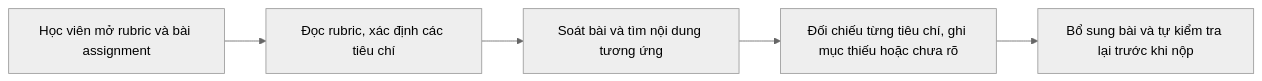
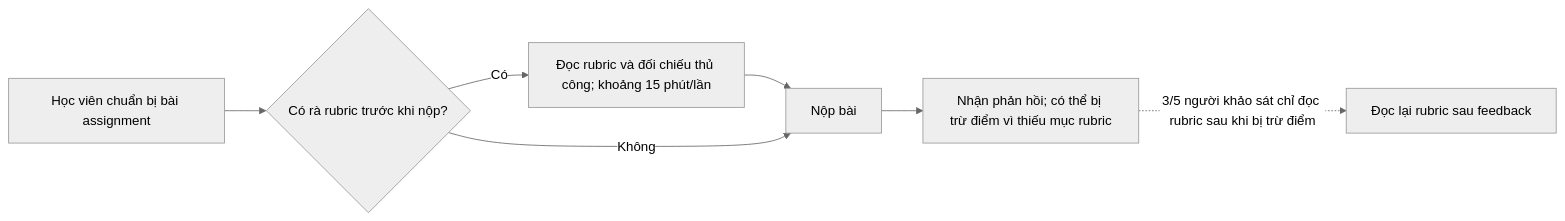
The first of 2 diagrams in report/team/group_report.md (Hungztv/K5-L3A-Day02-001-DiscoveryProblemFraming), drawn with Mermaid (neutral theme) before and after one commit. The commit also changed other lines of this file, not shown here.

Commit message:
Update workflow and rubric-check evaluation draft

````diff
--- a/report/team/group_report.md
+++ b/report/team/group_report.md
@@ -143,7 +143,9 @@
 ```mermaid
 flowchart LR
-  A[Học viên mở rubric và bài assignment] --> B[Đọc rubric, xác định các tiêu chí]
-  B --> C[Soát bài và tìm nội dung tương ứng]
-  C --> D[Đối chiếu từng tiêu chí, ghi mục thiếu hoặc chưa rõ]
-  D --> E[Bổ sung bài và tự kiểm tra lại trước khi nộp]
+  A[Học viên chuẩn bị bài assignment] --> B{Có rà rubric trước khi nộp?}
+  B -->|Có| C[Đọc rubric và đối chiếu thủ công; khoảng 15 phút/lần]
+  C --> D[Nộp bài]
+  B -->|Không| D
+  D --> E[Nhận phản hồi; có thể bị trừ điểm vì thiếu mục rubric]
+  E -. 3/5 người khảo sát chỉ đọc rubric sau khi bị trừ điểm .-> F[Đọc lại rubric sau feedback]
 ```
````
